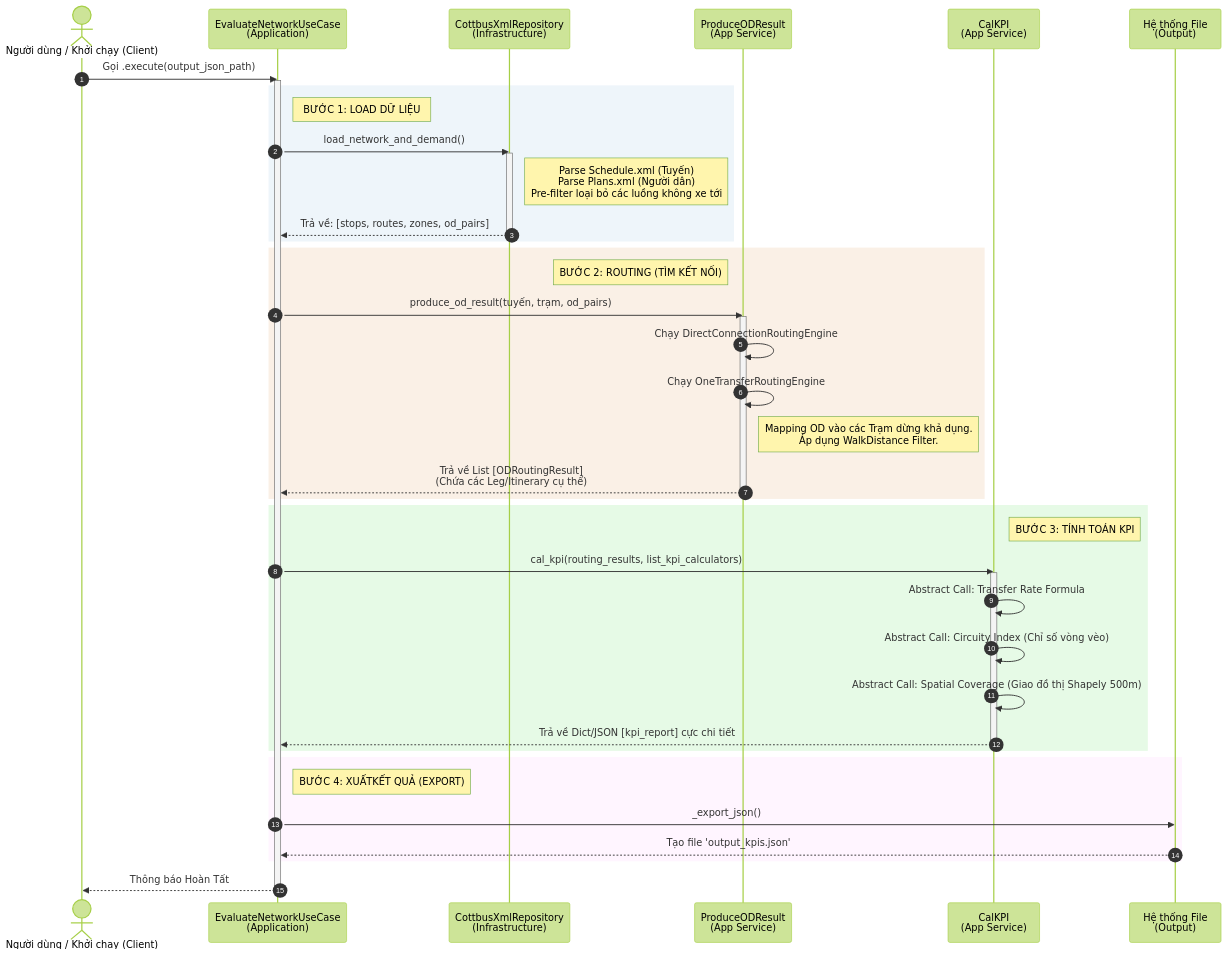
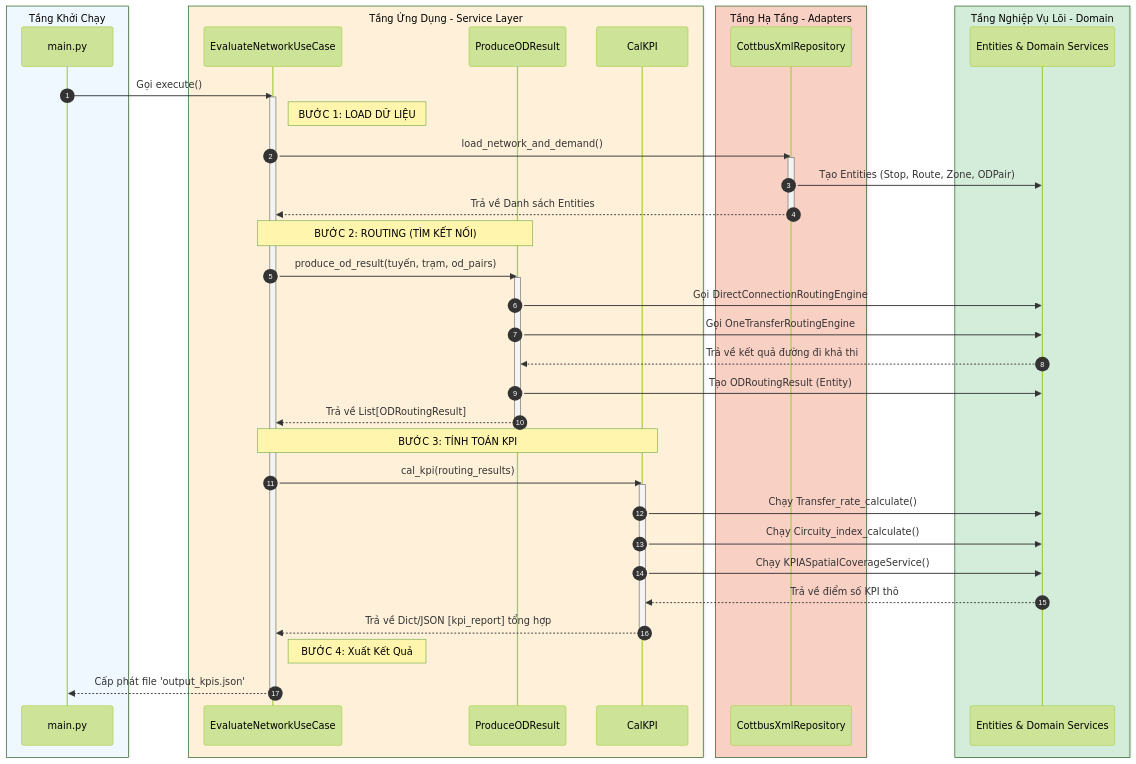
One commit to quan10082003/KPI_Evalute_OD_Matrix_And_Transit_Network changed the second of 2 diagrams in Doc.md. Above: the diagram before and after it, drawn with Mermaid (forest theme). The commit also changed other lines of this file, not shown here.

Commit message:
Sua lai hinh

````diff
--- a/Doc.md
+++ b/Doc.md
@@ -89,52 +100,56 @@
 ```mermaid
 sequenceDiagram
     autonumber
-    actor CLI as Người dùng / Khởi chạy (Client)
-    participant UC as EvaluateNetworkUseCase <br> (Application)
-    participant Repo as CottbusXmlRepository <br> (Infrastructure)
-    participant Router as ProduceODResult <br> (App Service)
-    participant KPI as CalKPI <br> (App Service)
-    participant Disk as Hệ thống File <br> (Output)
+    
+    box rgb(240, 248, 255) Tầng Khởi Chạy
+        participant CLI as main.py
+    end
+    
+    box rgb(254, 240, 217) Tầng Ứng Dụng - Service Layer
+        participant UC as EvaluateNetworkUseCase
+        participant Router as ProduceODResult
+        participant KPI as CalKPI
+    end
+    
+    box rgb(249, 208, 196) Tầng Hạ Tầng - Adapters
+        participant Repo as CottbusXmlRepository
+    end
+    
+    box rgb(212, 237, 218) Tầng Nghiệp Vụ Lõi - Domain
+        participant Dom as Entities & Domain Services
+    end
 
-    CLI->>UC: Gọi .execute(output_json_path)
+    CLI->>UC: Gọi execute()
     activate UC
     
-    rect rgb(238, 245, 250)
-        Note right of UC: BƯỚC 1: LOAD DỮ LIỆU
-        UC->>Repo: load_network_and_demand()
-        activate Repo
-        Note right of Repo: Parse Schedule.xml (Tuyến)<br/>Parse Plans.xml (Người dân)<br/>Pre-filter loại bỏ các luồng không xe tới
-        Repo-->>UC: Trả về: [stops, routes, zones, od_pairs]
-        deactivate Repo
-    end
+    Note right of UC: BƯỚC 1: LOAD DỮ LIỆU
+    UC->>Repo: load_network_and_demand()
+    activate Repo
+    Repo->>Dom: Tạo Entities (Stop, Route, Zone, ODPair)
+    Repo-->>UC: Trả về Danh sách Entities
+    deactivate Repo
     
-    rect rgb(250, 240, 230)
-        Note left of Router: BƯỚC 2: ROUTING (TÌM KẾT NỐI)
-        UC->>Router: produce_od_result(tuyến, trạm, od_pairs)
-        activate Router
-        Router->>Router: Chạy DirectConnectionRoutingEngine
-        Router->>Router: Chạy OneTransferRoutingEngine
-        Note right of Router: Mapping OD vào các Trạm dừng khả dụng.<br/>Áp dụng WalkDistance Filter.
-        Router-->>UC: Trả về List [ODRoutingResult] <br> (Chứa các Leg/Itinerary cụ thể)
-        deactivate Router
-    end
+    Note over UC,Router: BƯỚC 2: ROUTING (TÌM KẾT NỐI)
+    UC->>Router: produce_od_result(tuyến, trạm, od_pairs)
+    activate Router
+    Router->>Dom: Gọi DirectConnectionRoutingEngine
+    Router->>Dom: Gọi OneTransferRoutingEngine
+    Dom-->>Router: Trả về kết quả đường đi khả thi
+    Router->>Dom: Tạo ODRoutingResult (Entity)
+    Router-->>UC: Trả về List[ODRoutingResult]
+    deactivate Router
     
-    rect rgb(230, 250, 230)
-        Note right of KPI: BƯỚC 3: TÍNH TOÁN KPI
-        UC->>KPI: cal_kpi(routing_results, list_kpi_calculators)
-        activate KPI
-        KPI->>KPI: Abstract Call: Transfer Rate Formula
-        KPI->>KPI: Abstract Call: Circuity Index (Chỉ số vòng vèo)
-        KPI->>KPI: Abstract Call: Spatial Coverage (Giao đồ thị Shapely 500m)
-        KPI-->>UC: Trả về Dict/JSON [kpi_report] cực chi tiết
-        deactivate KPI
-    end
+    Note over UC,KPI: BƯỚC 3: TÍNH TOÁN KPI
+    UC->>KPI: cal_kpi(routing_results)
+    activate KPI
+    KPI->>Dom: Chạy Transfer_rate_calculate()
+    KPI->>Dom: Chạy Circuity_index_calculate()
+    KPI->>Dom: Chạy KPIASpatialCoverageService()
+    Dom-->>KPI: Trả về điểm số KPI thô
+    KPI-->>UC: Trả về Dict/JSON [kpi_report] tổng hợp
+    deactivate KPI
     
-    rect rgb(255, 245, 255)
-        Note right of UC: BƯỚC 4: XUẤTKẾT QUẢ (EXPORT)
-        UC->>Disk: _export_json()
-        Disk-->>UC: Tạo file 'output_kpis.json'
-    end
-    UC-->>CLI: Thông báo Hoàn Tất
+    Note right of UC: BƯỚC 4: Xuất Kết Quả
+    UC-->>CLI: Cấp phát file 'output_kpis.json'
     deactivate UC
 ```
````
